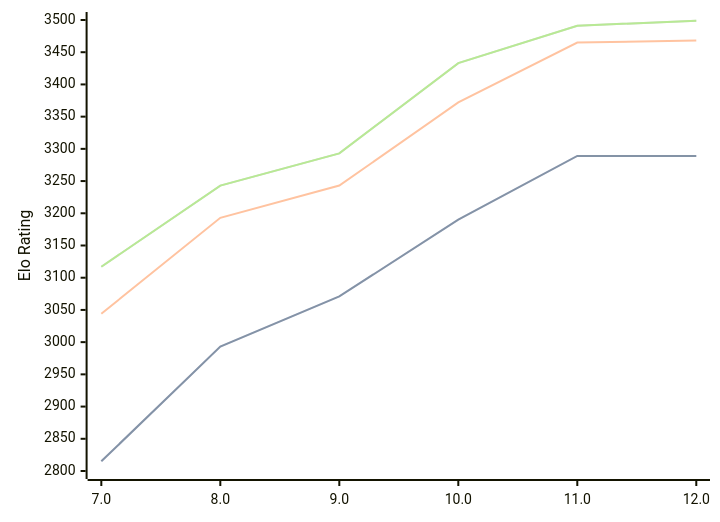
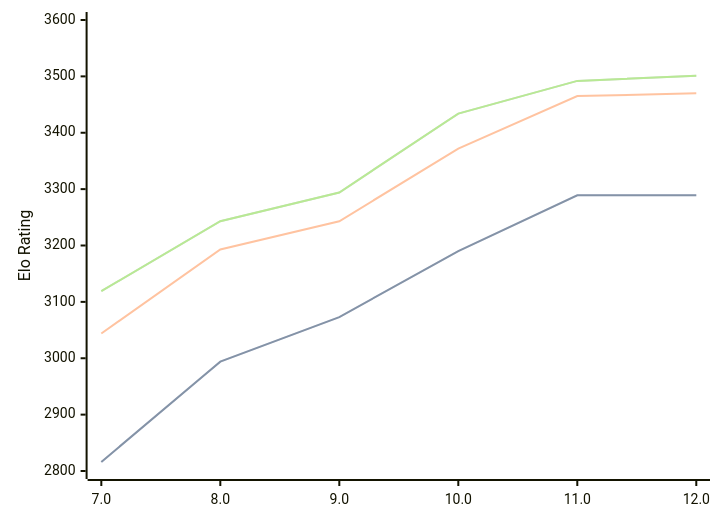
Before and after one commit to computer-chess-index/cci: the diagram in engines/Tcheran.md, drawn with Mermaid. The commit also changed other lines of this file, not shown here.

Commit message:
Update CCI Ratings (ELO VLTC) - 2026-05-14

````diff
--- a/engines/Tcheran.md
+++ b/engines/Tcheran.md
@@ -50,11 +50,11 @@
 ```mermaid
 %%{init: {"theme":"base","themeVariables":{"seriesColors:['#a3a3a3','#222221','#faa371']}}}%%
 xychart-beta
   x-axis ["7.0", "8.0", "9.0", "10.0", "11.0", "12.0"]
-  y-axis "Elo Rating" 2800 --> 3500
-  line "STC (8.0+0.08s)" [2815, 2993, 3071, 3190, 3289, 3289]
-  line "STC (8.0+0.08s)" [2815, 2993, 3071, 3190, 3289, 3289]
-  line "LTC (60.0+0.60s)" [3044, 3193, 3243, 3372, 3465, 3468]
-  line "VLTC (2m24s+1.12s)" [3117, 3243, 3293, 3433, 3491, 3499]
-  line "VLTC (2m24s+1.12s)" [3117, 3243, 3293, 3433, 3491, 3499]
+  y-axis "Elo Rating" 2800 --> 3600
+  line "STC (8.0+0.08s)" [2816, 2994, 3073, 3190, 3289, 3289]
+  line "STC (8.0+0.08s)" [2816, 2994, 3073, 3190, 3289, 3289]
+  line "LTC (60.0+0.60s)" [3044, 3193, 3243, 3372, 3465, 3470]
+  line "VLTC (2m24s+1.12s)" [3119, 3243, 3294, 3434, 3492, 3501]
+  line "VLTC (2m24s+1.12s)" [3119, 3243, 3294, 3434, 3492, 3501]
 ```
````
